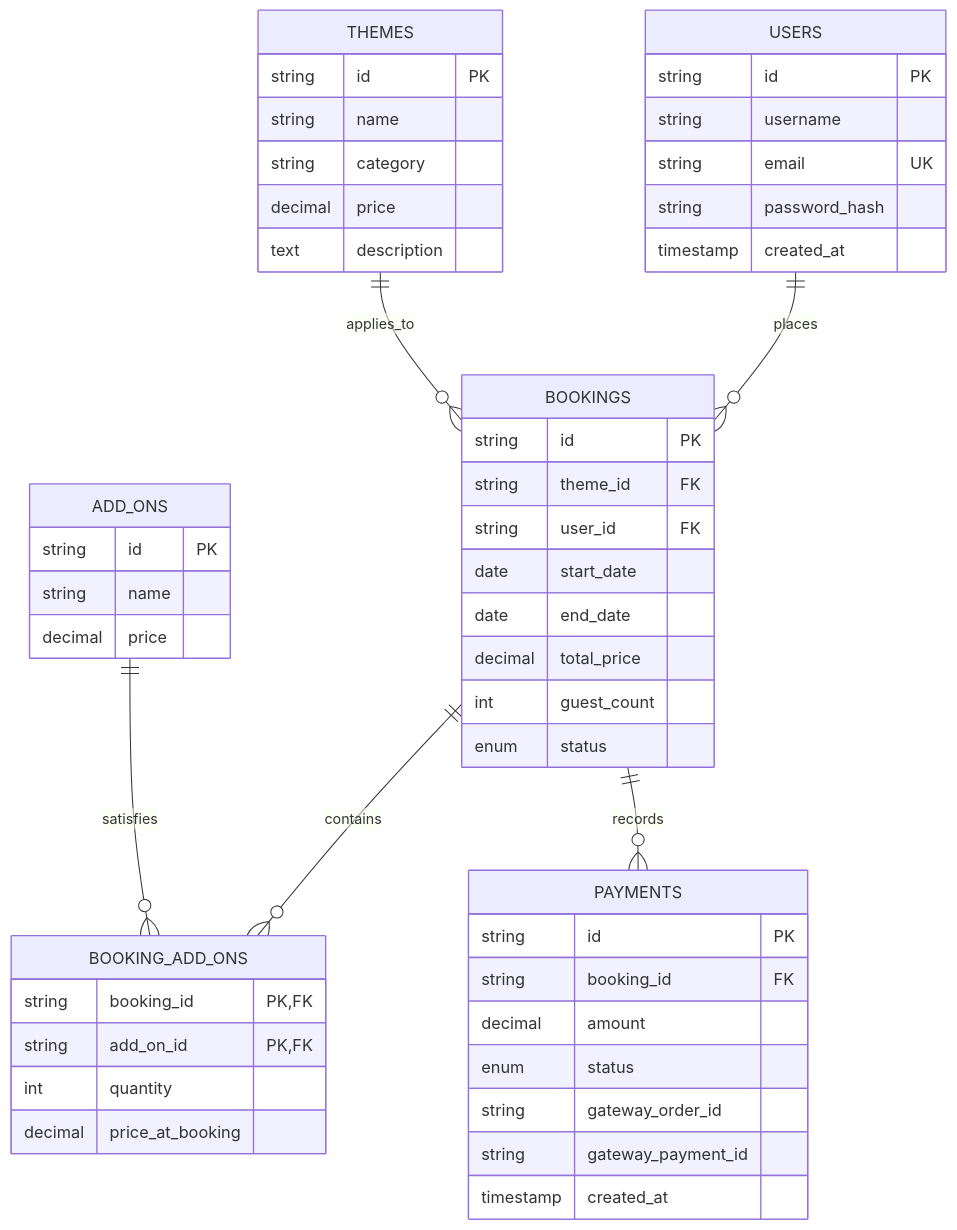
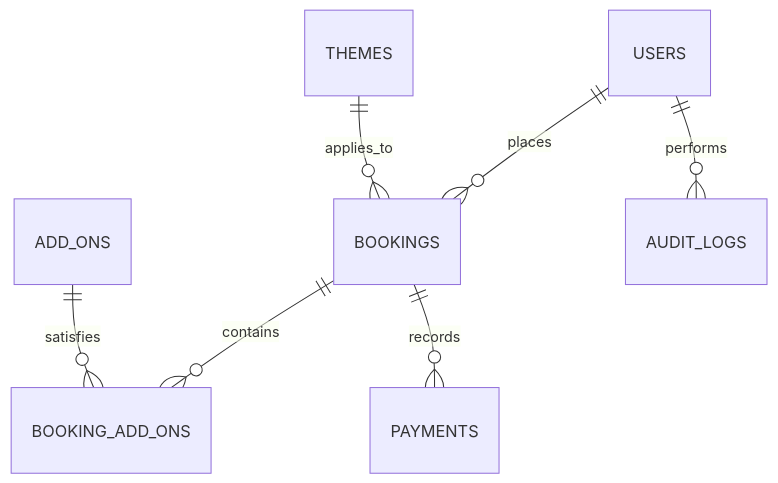
The second of 2 diagrams in README.md (dipambarman/EventPulse-Enterprise), drawn with Mermaid before and after one commit. The commit also changed other lines of this file, not shown here.

Commit message:
docs: update README to reflect microservices architecture

````diff
--- a/README.md
+++ b/README.md
@@ -104,58 +100,9 @@
 ```mermaid
 erDiagram
     USERS ||--o{ BOOKINGS : places
     THEMES ||--o{ BOOKINGS : applies_to
     BOOKINGS ||--o{ BOOKING_ADD_ONS : contains
     ADD_ONS ||--o{ BOOKING_ADD_ONS : satisfies
     BOOKINGS ||--o{ PAYMENTS : records
-
-    USERS {
-        string id PK
-        string username
-        string email UK
-        string password_hash
-        timestamp created_at
-    }
-
-    THEMES {
-        string id PK
-        string name
-        string category
-        decimal price
-        text description
-    }
-
-    BOOKINGS {
-        string id PK
-        string theme_id FK
-        string user_id FK
-        date start_date
-        date end_date
-        decimal total_price
-        int guest_count
-        enum status
-    }
-
-    ADD_ONS {
-        string id PK
-        string name
-        decimal price
-    }
-
-    BOOKING_ADD_ONS {
-        string booking_id PK, FK
-        string add_on_id PK, FK
-        int quantity
-        decimal price_at_booking
-    }
-
-    PAYMENTS {
-        string id PK
-        string booking_id FK
-        decimal amount
-        enum status
-        string gateway_order_id
-        string gateway_payment_id
-        timestamp created_at
-    }
+    USERS ||--o{ AUDIT_LOGS : performs
 ```
````
